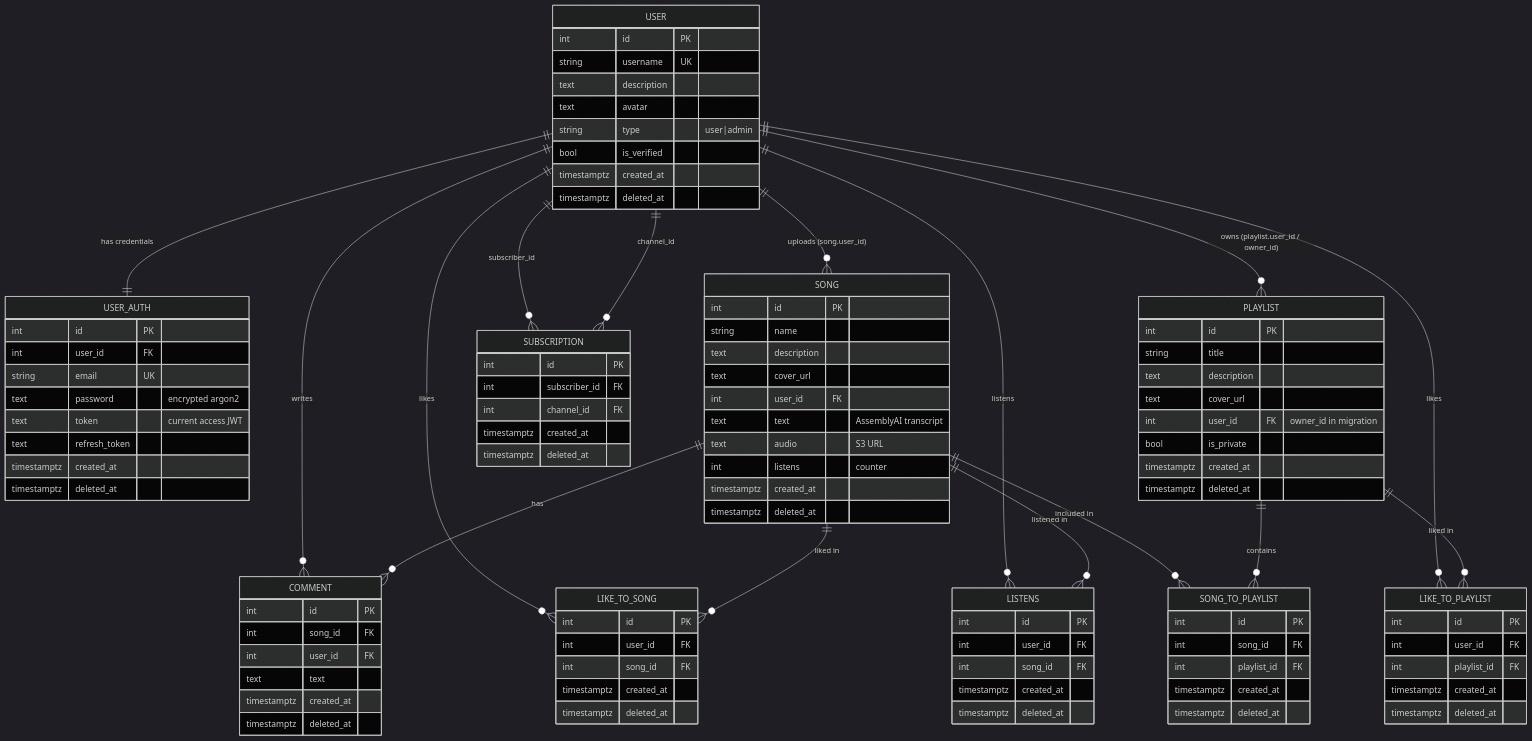
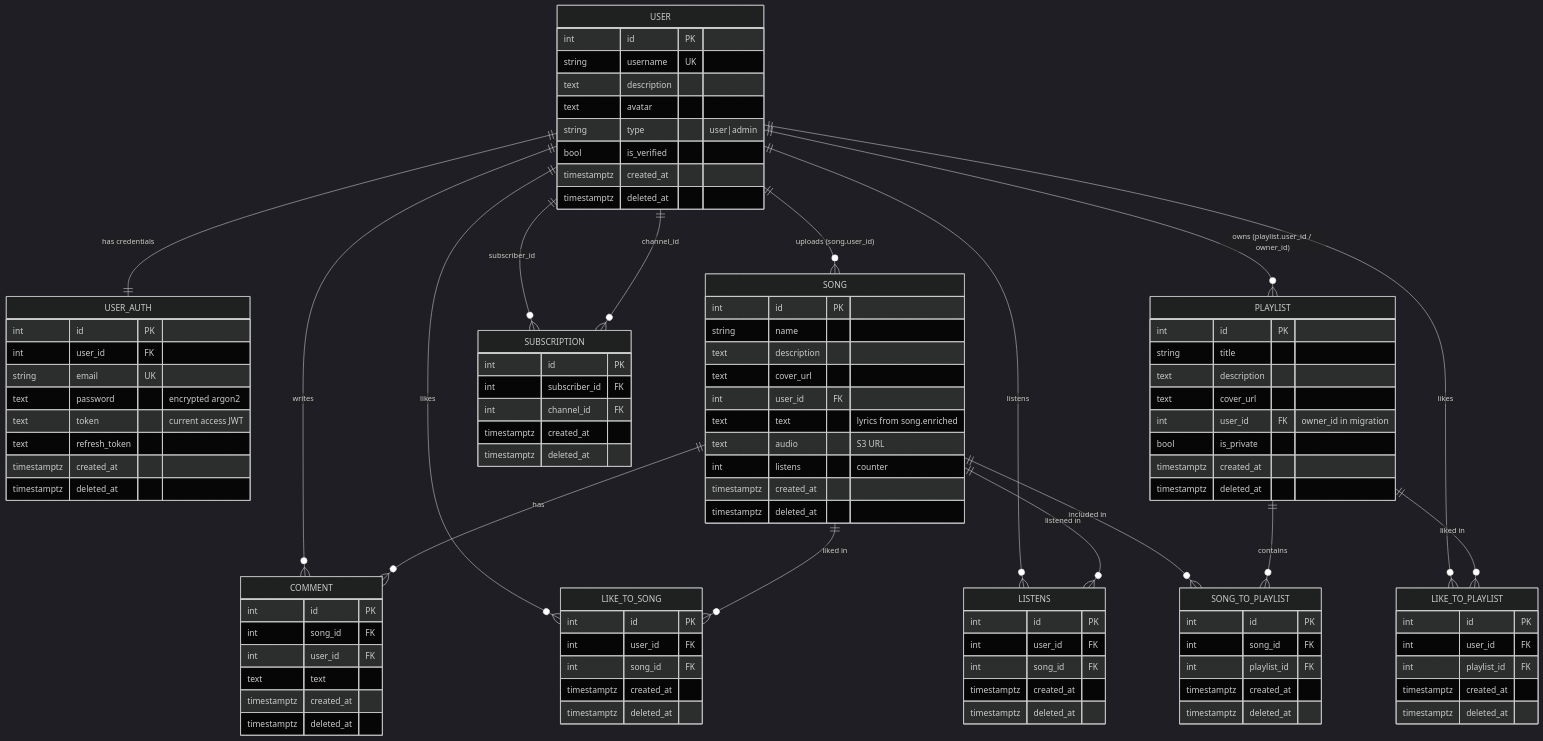
One commit to Steiz321/diploma-music-platform changed the diagram in PROJECT_OVERVIEW.md. Above: the diagram before and after it, drawn with Mermaid (dark theme). The commit also changed other lines of this file and 133 other files, not shown here.

```diff
--- a/PROJECT_OVERVIEW.md
+++ b/PROJECT_OVERVIEW.md
@@ -351,7 +365,7 @@
         text description
         text cover_url
         int user_id FK
-        text text "AssemblyAI transcript"
+        text text "lyrics from song.enriched"
         text audio "S3 URL"
         int listens "counter"
         timestamptz created_at
```
